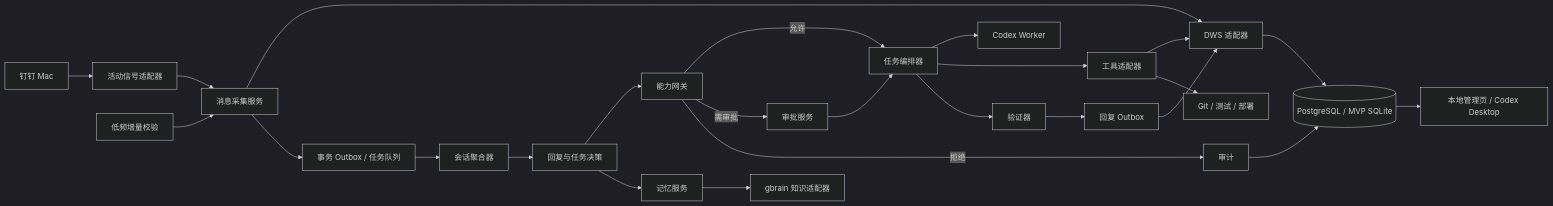
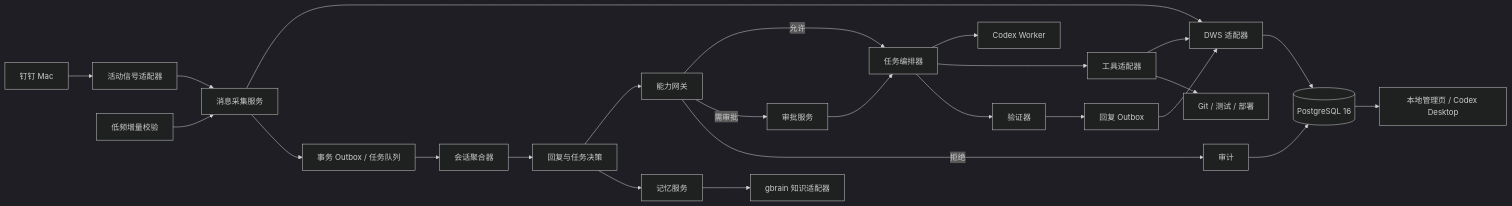
One commit to ruiwang20010702/ai-employee changed the second of 3 diagrams in docs/技术设计文档.md. Above: the diagram before and after it, drawn with Mermaid (dark theme). The commit also changed other lines of this file and 38 other files, not shown here.

````diff
--- a/docs/技术设计文档.md
+++ b/docs/技术设计文档.md
@@ -105,31 +105,31 @@
 ```mermaid
 flowchart LR
     DT["钉钉 Mac"] --> SIG["活动信号适配器"]
     SIG --> ING["消息采集服务"]
     TIMER["低频增量校验"] --> ING
     ING --> DWS["DWS 适配器"]
-    DWS --> DB[("PostgreSQL / MVP SQLite")]
+    DWS --> DB[("PostgreSQL 16")]
     ING --> BUS["事务 Outbox / 任务队列"]
 
     BUS --> CONV["会话聚合器"]
     CONV --> DECIDE["回复与任务决策"]
     DECIDE --> CAP["能力网关"]
     CAP -->|"允许"| ORCH["任务编排器"]
     CAP -->|"需审批"| APPROVAL["审批服务"]
     CAP -->|"拒绝"| AUDIT["审计"]
 
     APPROVAL --> ORCH
     ORCH --> CODEX["Codex Worker"]
     ORCH --> TOOLS["工具适配器"]
     TOOLS --> DWS
     TOOLS --> GIT["Git / 测试 / 部署"]
 
     ORCH --> VERIFY["验证器"]
     VERIFY --> OUT["回复 Outbox"]
     OUT --> DWS
 
     DECIDE --> MEM["记忆服务"]
     MEM --> GBRAIN["gbrain 知识适配器"]
     DB --> ADMIN["本地管理页 / Codex Desktop"]
     AUDIT --> DB
 ```
````
